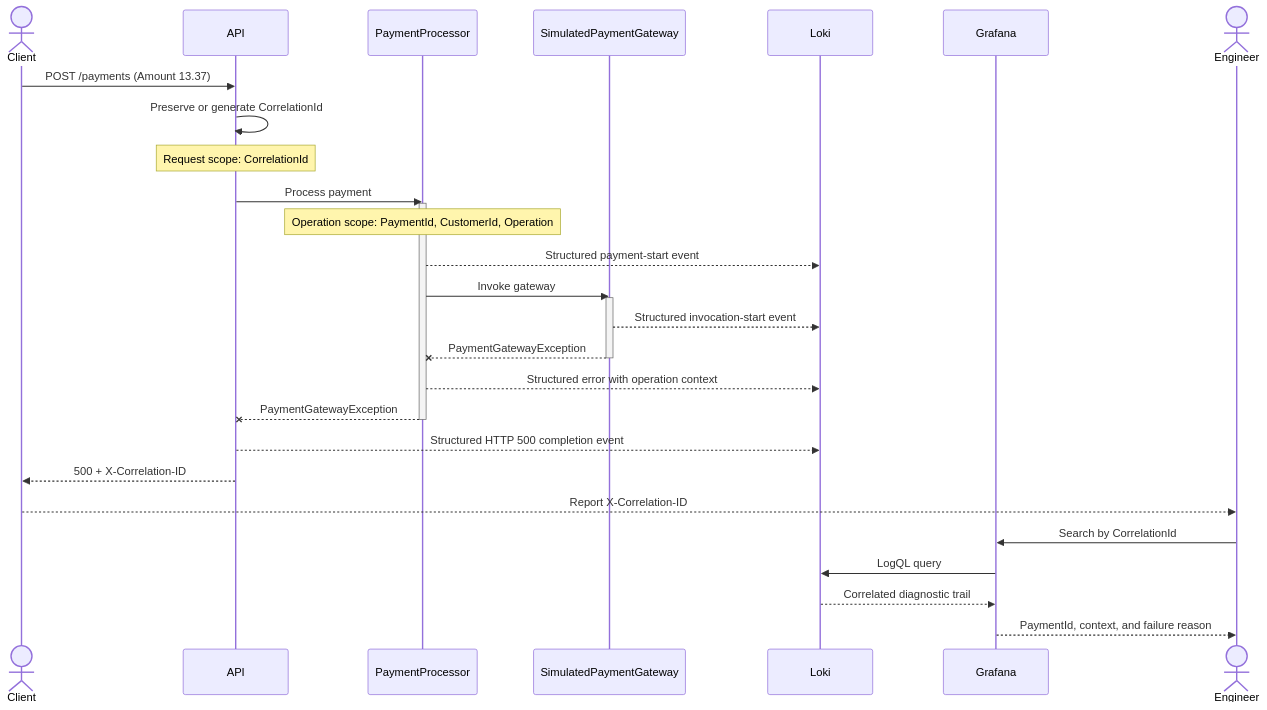
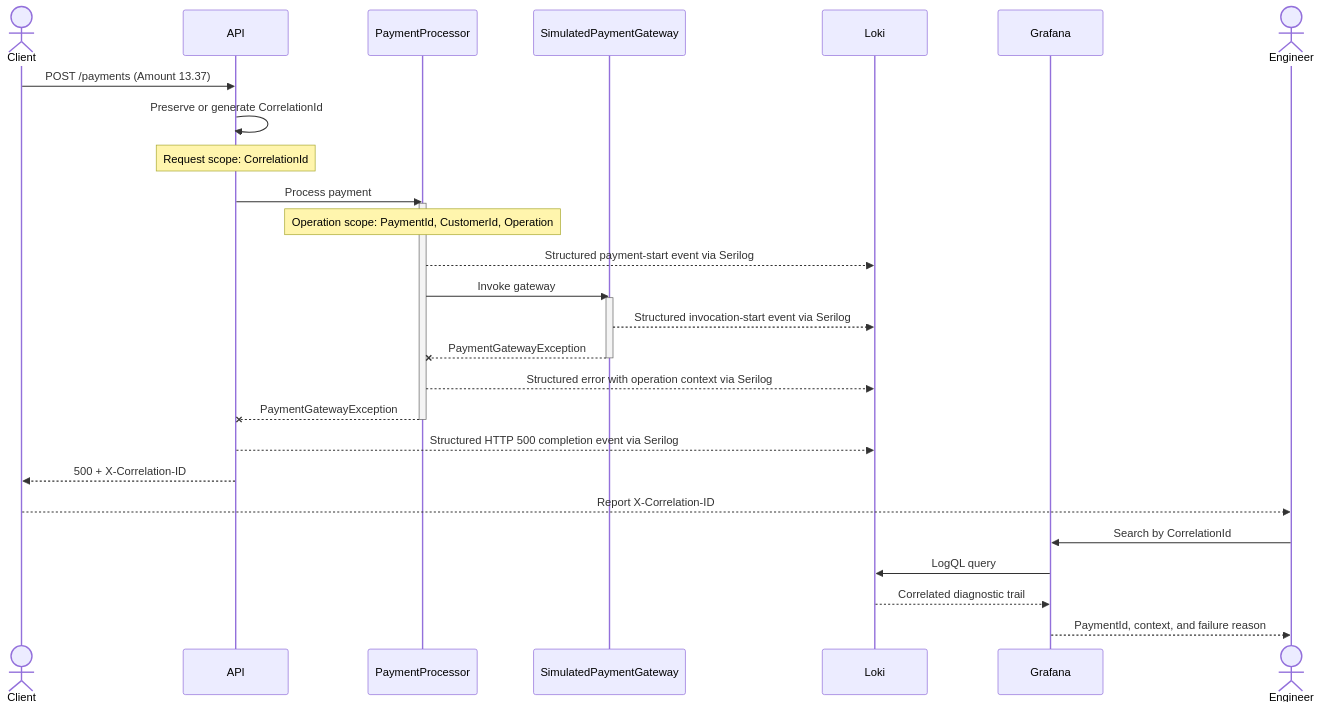
One commit to Luqa1/Engineering-Playground changed the diagram in 02-structured-logging/diagrams/sequence.mmd. Above: the diagram before and after it, drawn with Mermaid. The commit also changed 4 other files, not shown here.

```diff
--- a/02-structured-logging/diagrams/sequence.mmd
+++ b/02-structured-logging/diagrams/sequence.mmd
@@ -1,31 +1,31 @@
 sequenceDiagram
     actor Client
     participant API
     participant Processor as PaymentProcessor
     participant Gateway as SimulatedPaymentGateway
     participant Loki
     participant Grafana
     actor Engineer
 
     Client->>API: POST /payments (Amount 13.37)
     API->>API: Preserve or generate CorrelationId
     Note over API: Request scope: CorrelationId
     API->>Processor: Process payment
     activate Processor
     Note over Processor: Operation scope: PaymentId, CustomerId, Operation
-    Processor-->>Loki: Structured payment-start event
+    Processor-->>Loki: Structured payment-start event via Serilog
     Processor->>Gateway: Invoke gateway
     activate Gateway
-    Gateway-->>Loki: Structured invocation-start event
+    Gateway-->>Loki: Structured invocation-start event via Serilog
     Gateway--xProcessor: PaymentGatewayException
     deactivate Gateway
-    Processor-->>Loki: Structured error with operation context
+    Processor-->>Loki: Structured error with operation context via Serilog
     Processor--xAPI: PaymentGatewayException
     deactivate Processor
-    API-->>Loki: Structured HTTP 500 completion event
+    API-->>Loki: Structured HTTP 500 completion event via Serilog
     API-->>Client: 500 + X-Correlation-ID
     Client-->>Engineer: Report X-Correlation-ID
     Engineer->>Grafana: Search by CorrelationId
     Grafana->>Loki: LogQL query
     Loki-->>Grafana: Correlated diagnostic trail
     Grafana-->>Engineer: PaymentId, context, and failure reason
```
